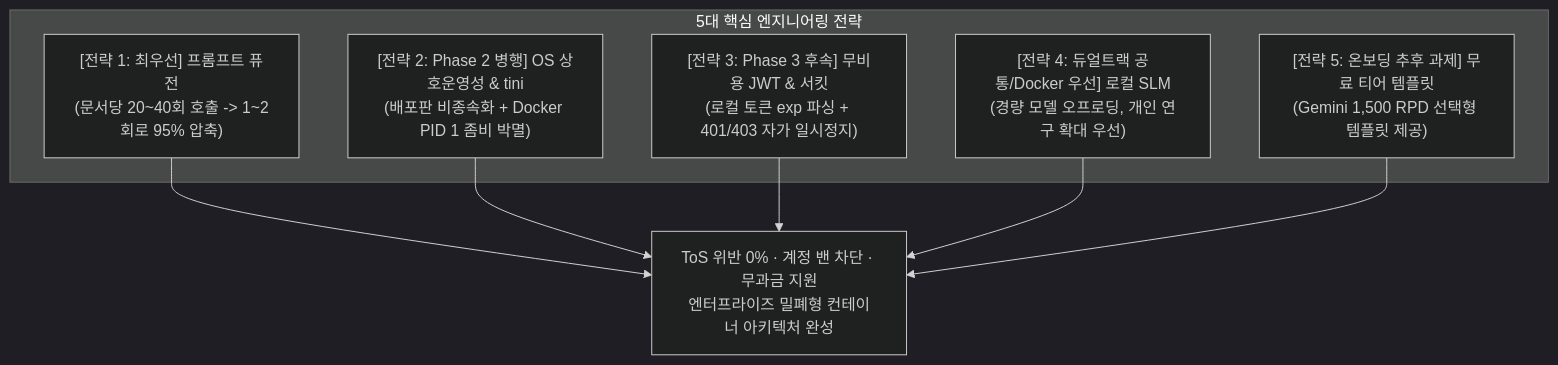
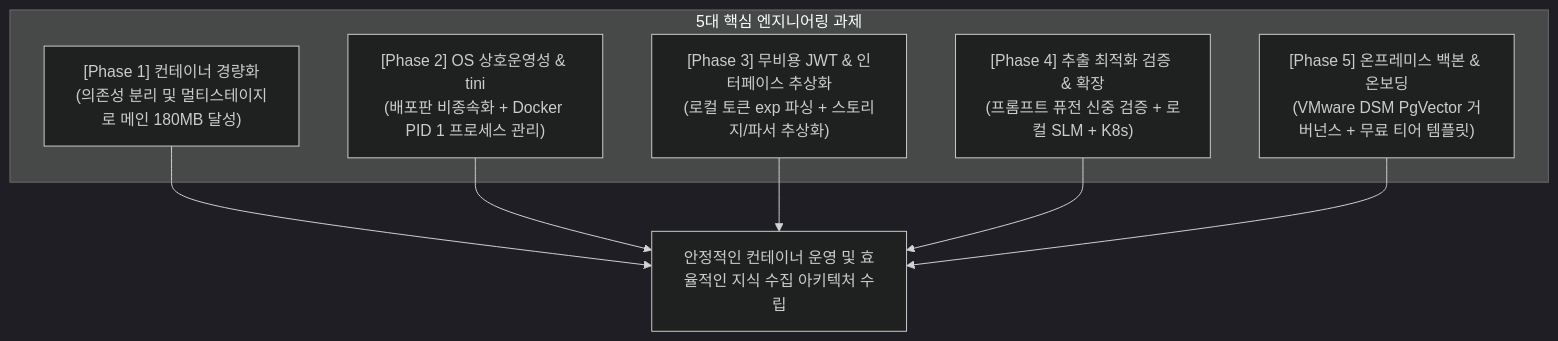
The first of 2 diagrams in docs/origin/CLAIRE_ARCHITECTURE_ROADMAP.md (fofwisdom/claire-bible), drawn with Mermaid (dark theme) before and after one commit. The commit also changed other lines of this file and 1 other file, not shown here.

First line of the commit message:
docs: refine architecture roadmap and reschedule prompt fusion to phase 4

````diff
--- a/docs/origin/CLAIRE_ARCHITECTURE_ROADMAP.md
+++ b/docs/origin/CLAIRE_ARCHITECTURE_ROADMAP.md
@@ -44,16 +44,16 @@
 ```mermaid
 flowchart TD
-    subgraph CorePillars ["5대 핵심 엔지니어링 전략"]
-        S1["[전략 1: 최우선] 프롬프트 퓨전\n(문서당 20~40회 호출 -> 1~2회로 95% 압축)"]
-        S2["[전략 2: Phase 2 병행] OS 상호운영성 & tini\n(배포판 비종속화 + Docker PID 1 좀비 박멸)"]
-        S3["[전략 3: Phase 3 후속] 무비용 JWT & 서킷\n(로컬 토큰 exp 파싱 + 401/403 자가 일시정지)"]
-        S4["[전략 4: 듀얼트랙 공통/Docker 우선] 로컬 SLM\n(경량 모델 오프로딩, 개인 연구 확대 우선)"]
-        S5["[전략 5: 온보딩 추후 과제] 무료 티어 템플릿\n(Gemini 1,500 RPD 선택형 템플릿 제공)"]
+    subgraph CorePillars ["5대 핵심 엔지니어링 과제"]
+        S1["[Phase 1] 컨테이너 경량화\n(의존성 분리 및 멀티스테이지로 메인 180MB 달성)"]
+        S2["[Phase 2] OS 상호운영성 & tini\n(배포판 비종속화 + Docker PID 1 프로세스 관리)"]
+        S3["[Phase 3] 무비용 JWT & 인터페이스 추상화\n(로컬 토큰 exp 파싱 + 스토리지/파서 추상화)"]
+        S4["[Phase 4] 추출 최적화 검증 & 확장\n(프롬프트 퓨전 신중 검증 + 로컬 SLM + K8s)"]
+        S5["[Phase 5] 온프레미스 백본 & 온보딩\n(VMware DSM PgVector 거버넌스 + 무료 티어 템플릿)"]
     end
 
-    S1 --> Realized["ToS 위반 0% · 계정 밴 차단 · 무과금 지원\n엔터프라이즈 밀폐형 컨테이너 아키텍처 완성"]
+    S1 --> Realized["안정적인 컨테이너 운영 및 효율적인 지식 수집 아키텍처 수립"]
     S2 --> Realized
     S3 --> Realized
     S4 --> Realized
     S5 --> Realized
 ```
````
